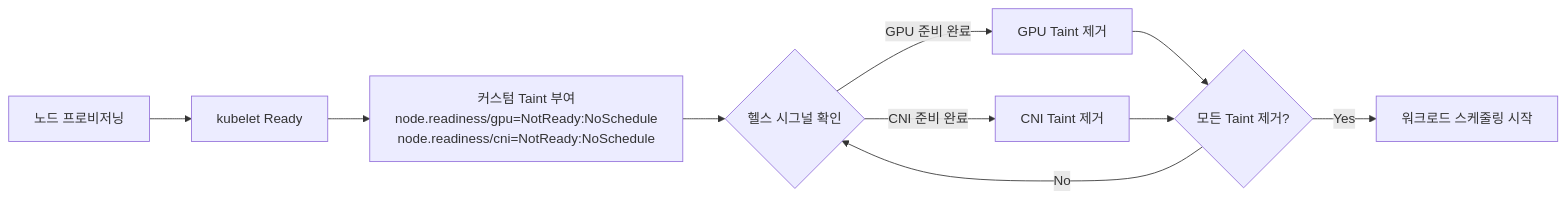
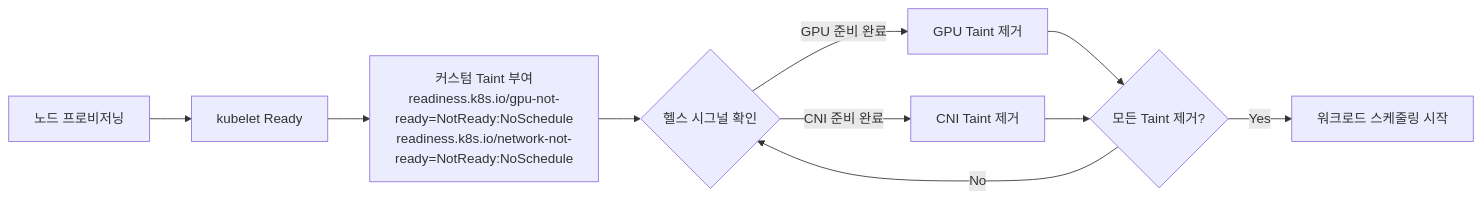
Before and after one commit to devfloor9/engineering-playbook: the second of 2 diagrams in i18n/ko/docusaurus-plugin-content-docs/current/eks-best-practices/operations-reliability/eks-debugging/node.md, drawn with Mermaid. The commit also changed other lines of this file and 5 other files, not shown here.

````diff
--- a/i18n/ko/docusaurus-plugin-content-docs/current/eks-best-practices/operations-reliability/eks-debugging/node.md
+++ b/i18n/ko/docusaurus-plugin-content-docs/current/eks-best-practices/operations-reliability/eks-debugging/node.md
@@ -274,12 +274,12 @@
 ```mermaid
 flowchart LR
     A[노드 프로비저닝] --> B[kubelet Ready]
-    B --> C[커스텀 Taint 부여<br/>node.readiness/gpu=NotReady:NoSchedule<br/>node.readiness/cni=NotReady:NoSchedule]
+    B --> C[커스텀 Taint 부여<br/>readiness.k8s.io/gpu-not-ready=NotReady:NoSchedule<br/>readiness.k8s.io/network-not-ready=NotReady:NoSchedule]
     C --> D{헬스 시그널 확인}
     D -->|GPU 준비 완료| E[GPU Taint 제거]
     D -->|CNI 준비 완료| F[CNI Taint 제거]
     E --> G{모든 Taint 제거?}
     F --> G
     G -->|Yes| H[워크로드 스케줄링 시작]
     G -->|No| D
 ```
````
